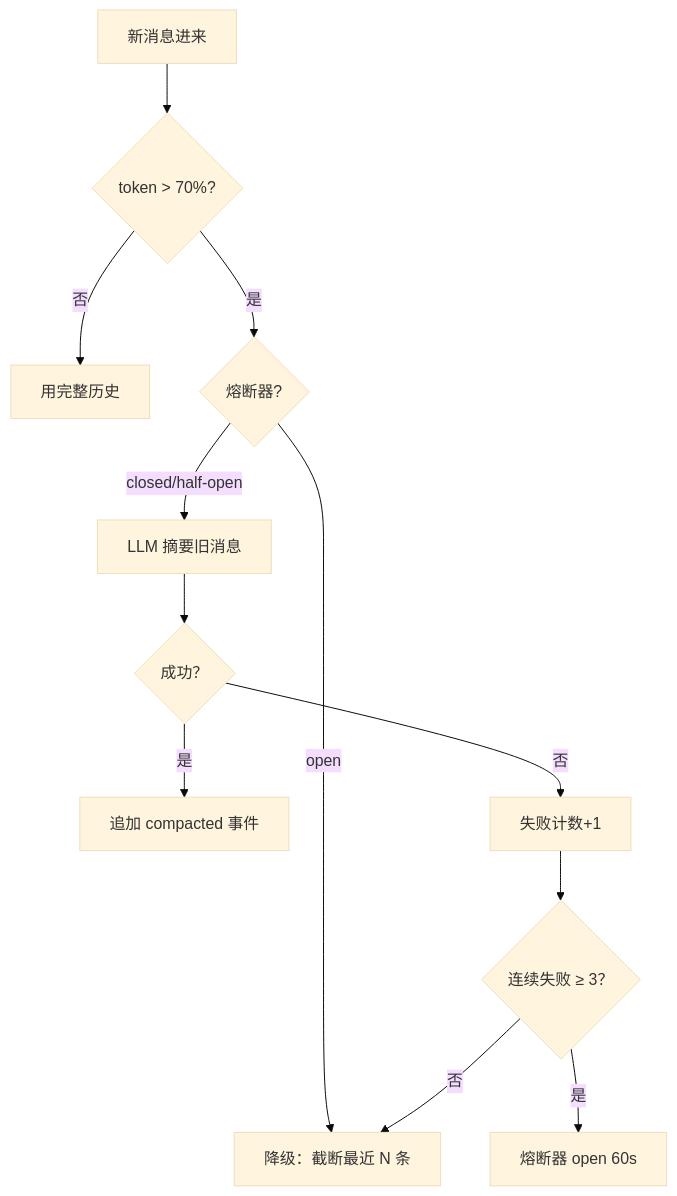
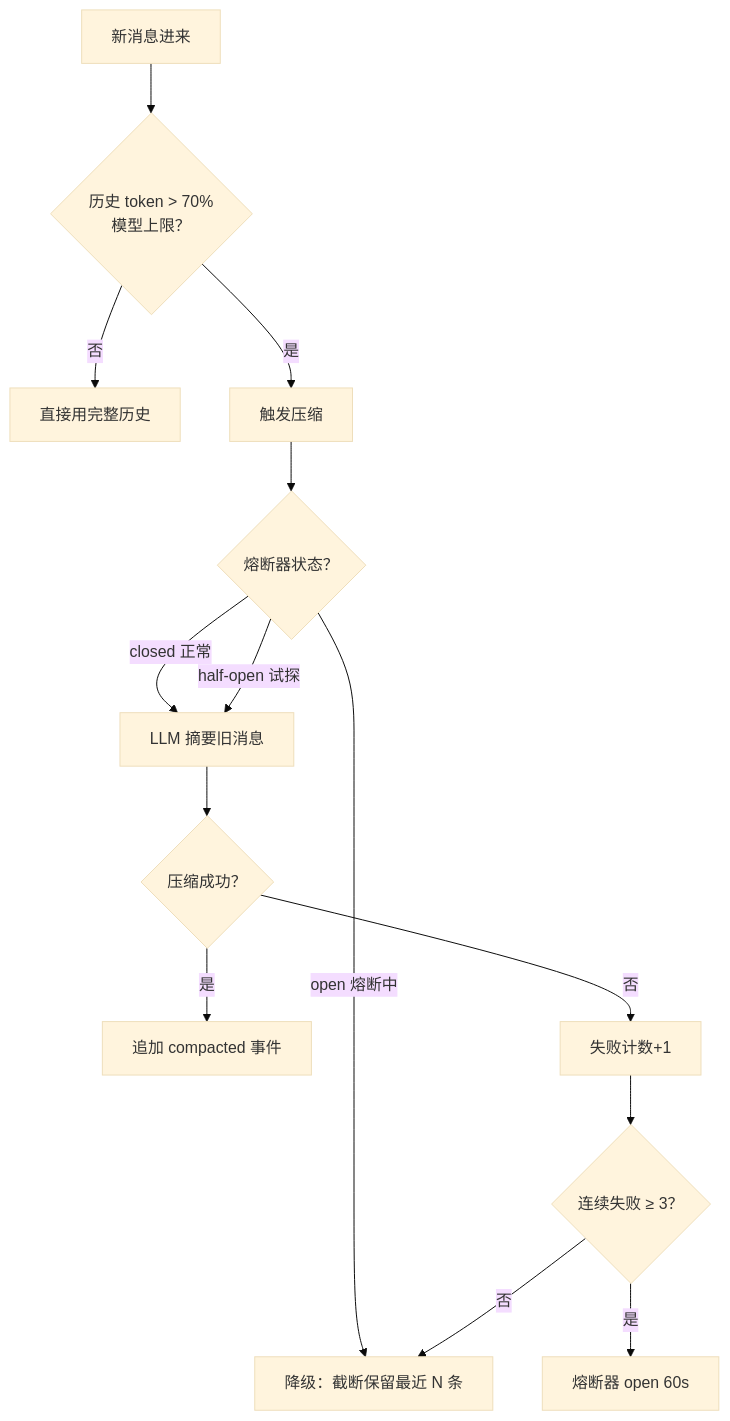
Diagram 24 of 33 in doc/系统架构与学习指南.md (996Code/llm-to-modeler), drawn with Mermaid (base theme) before and after one commit. The commit also changed other lines of this file and 82 other files, not shown here.

````diff
--- a/doc/系统架构与学习指南.md
+++ b/doc/系统架构与学习指南.md
@@ -788,14 +843,18 @@
 ```mermaid
 flowchart TD
-    Msg["新消息进来"] --> Check{"token > 70%?"}
-    Check -->|否| Normal["用完整历史"]
-    Check -->|是| CB{"熔断器?"}
-    CB -->|open| Fallback["降级：截断最近 N 条"]
-    CB -->|closed/half-open| LLM["LLM 摘要旧消息"]
-    LLM --> Success{"成功？"}
+    Msg["新消息进来"] --> Check{"历史 token > 70%<br/>模型上限？"}
+    Check -->|否| Normal["直接用完整历史"]
+    Check -->|是| Compress["触发压缩"]
+
+    Compress --> CB{"熔断器状态？"}
+    CB -->|open 熔断中| Fallback["降级：截断保留最近 N 条"]
+    CB -->|closed 正常| LLM["LLM 摘要旧消息"]
+    CB -->|half-open 试探| LLM
+
+    LLM --> Success{"压缩成功？"}
     Success -->|是| Save["追加 compacted 事件"]
     Success -->|否| Count["失败计数+1"]
     Count --> Trip{"连续失败 ≥ 3？"}
     Trip -->|是| Open["熔断器 open 60s"]
     Trip -->|否| Fallback
 ```
````
